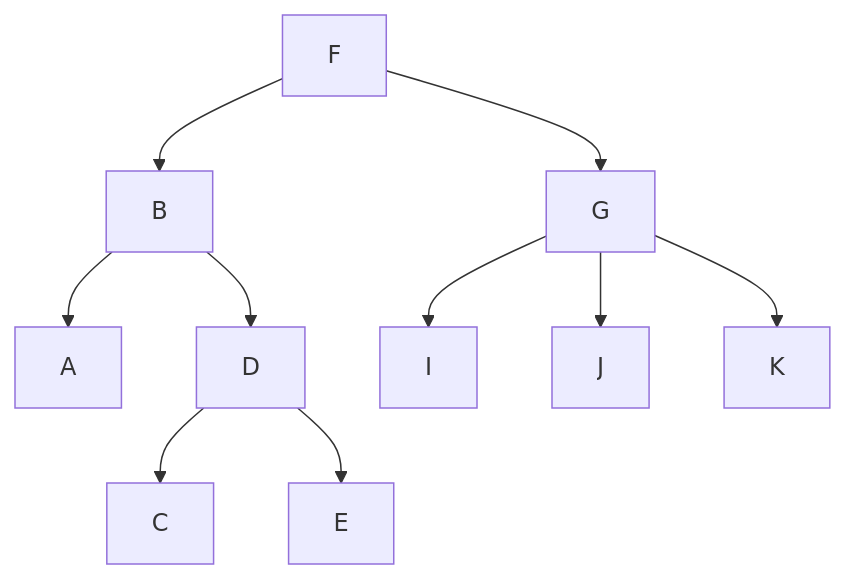
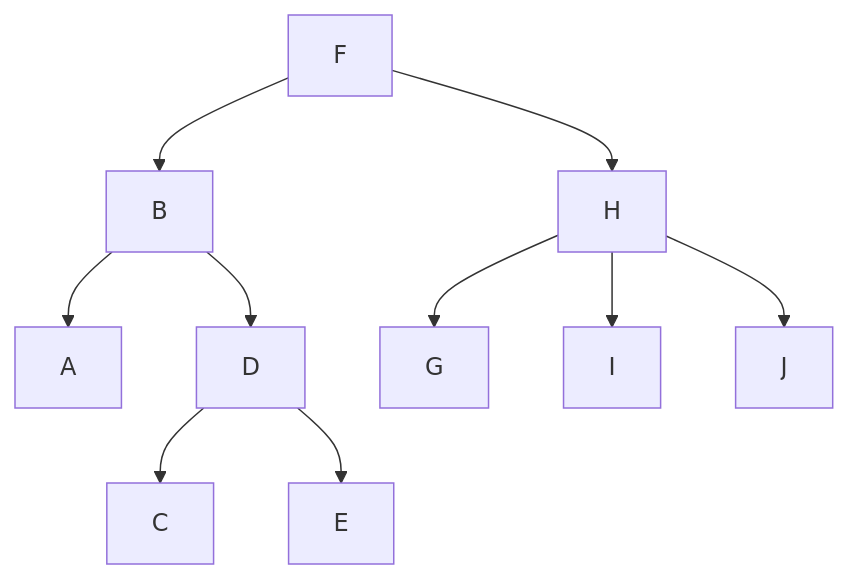
One commit to iwink/tree changed the diagram in README.md. Above: the diagram before and after it, drawn with Mermaid. The commit also changed other lines of this file and 2 other files, not shown here.

Commit message:
Updated docs & base test. Mermaid action for github.

````diff
--- a/README.md
+++ b/README.md
@@ -66,12 +66,12 @@
 ```mermaid
 graph TD;
 F-->B;
-F-->G;
+F-->H;
 B-->A;
 B-->D;
 D-->C;
 D-->E;
-G-->I;
-G-->J;
-G-->K;
+H-->G;
+H-->I;
+H-->J;
 ```
````
